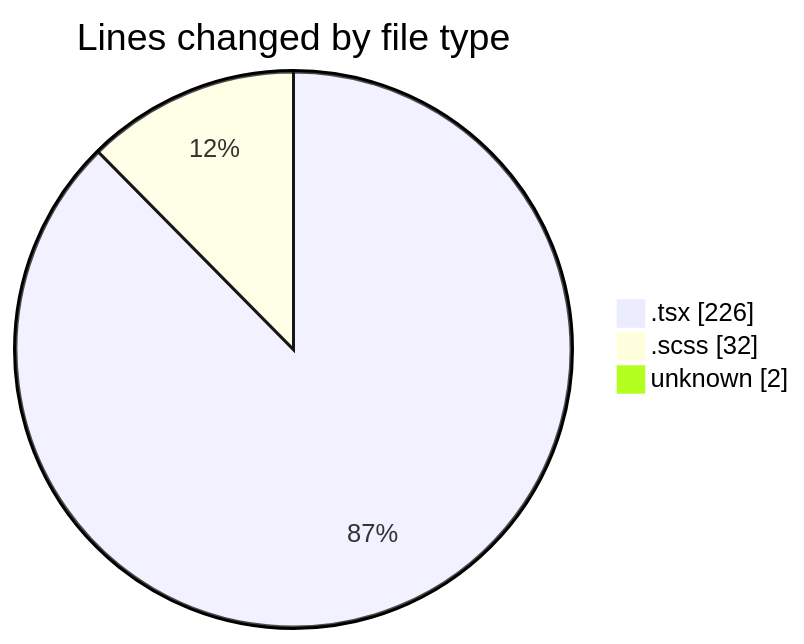
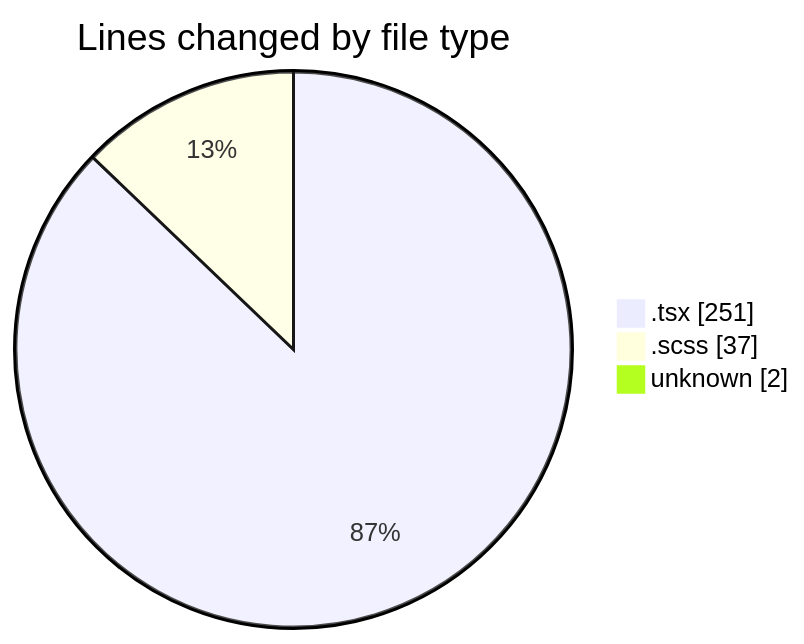
One commit to momahboobian/code-tracking changed the first of 2 diagrams in 2025-02-13/cda/README.md. Above: the diagram before and after it, drawn with Mermaid. The commit also changed other lines of this file and 1 other file, not shown here.

````diff
--- a/2025-02-13/cda/README.md
+++ b/2025-02-13/cda/README.md
@@ -26,7 +27,7 @@
 ```mermaid
 pie showData
 title Lines changed by file type
-".tsx" : 226
-".scss" : 32
+".tsx" : 251
+".scss" : 37
 "unknown" : 2
 ```
````
